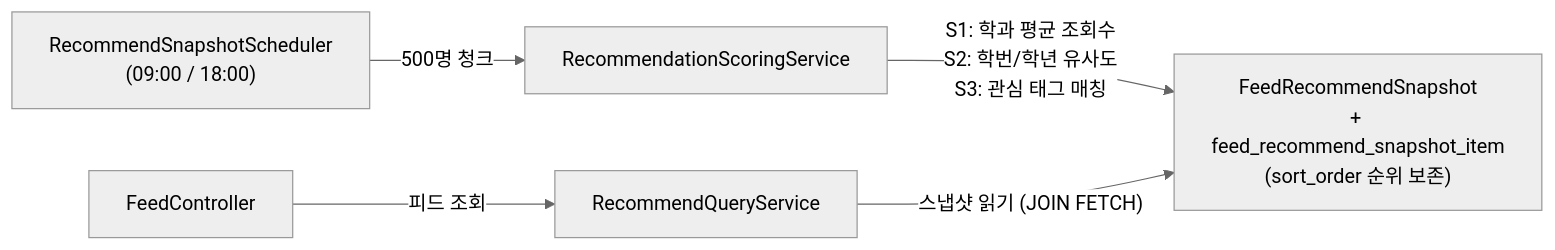
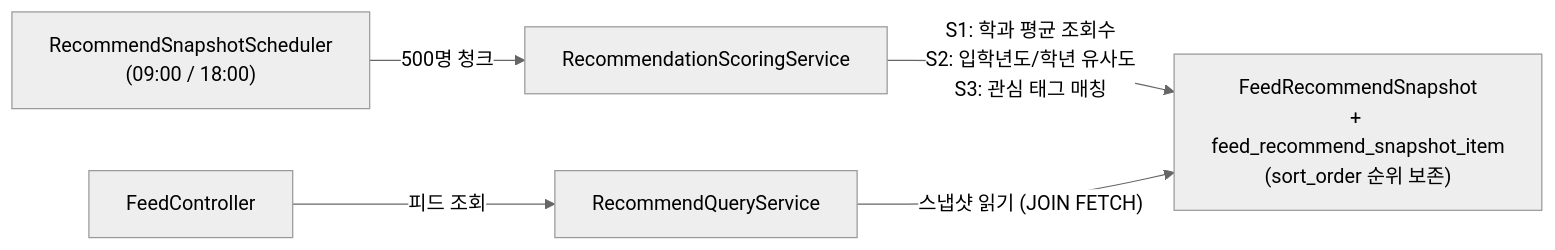
One commit to campus-navi/backend changed the third of 4 diagrams in docs/architecture.md. Above: the diagram before and after it, drawn with Mermaid (neutral theme). The commit also changed other lines of this file, not shown here.

````diff
--- a/docs/architecture.md
+++ b/docs/architecture.md
@@ -133,7 +137,7 @@
 ```mermaid
 flowchart LR
     A["RecommendSnapshotScheduler\n(09:00 / 18:00)"] -->|"500명 청크"| B["RecommendationScoringService"]
-    B -->|"S1: 학과 평균 조회수\nS2: 학번/학년 유사도\nS3: 관심 태그 매칭"| C["FeedRecommendSnapshot\n+ feed_recommend_snapshot_item\n(sort_order 순위 보존)"]
+    B -->|"S1: 학과 평균 조회수\nS2: 입학년도/학년 유사도\nS3: 관심 태그 매칭"| C["FeedRecommendSnapshot\n+ feed_recommend_snapshot_item\n(sort_order 순위 보존)"]
     D["FeedController"] -->|"피드 조회"| E["RecommendQueryService"]
     E -->|"스냅샷 읽기 (JOIN FETCH)"| C
 ```
````
